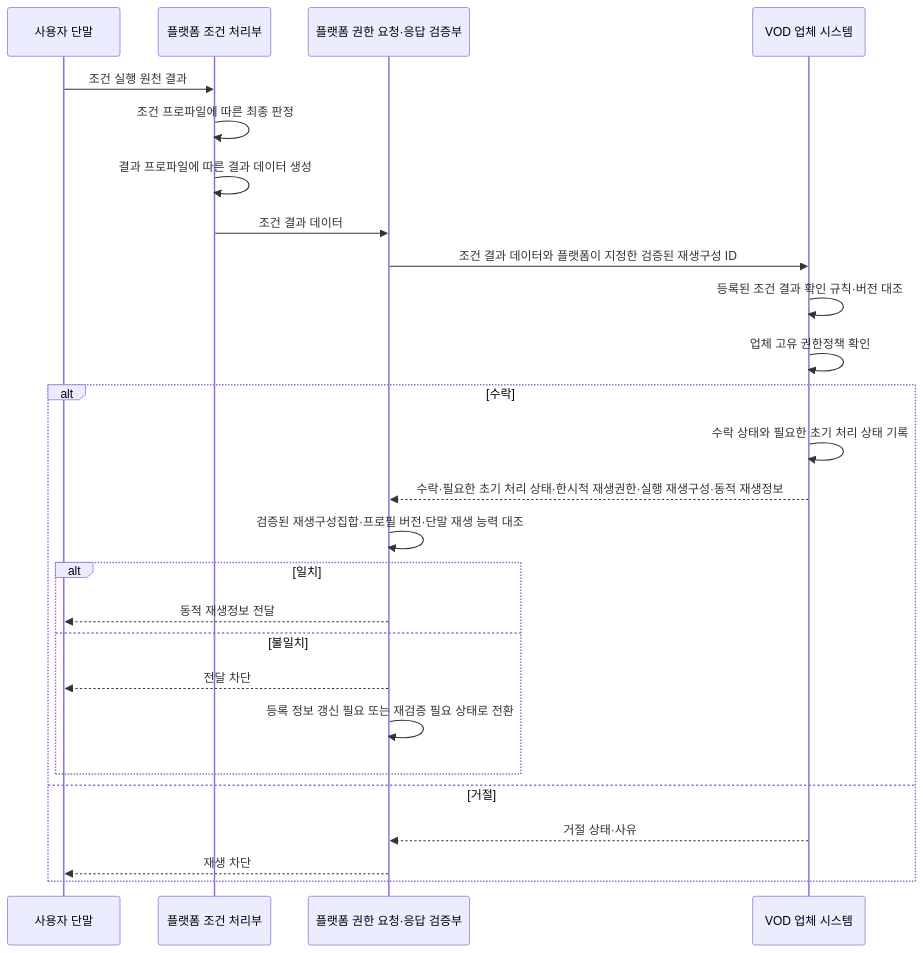
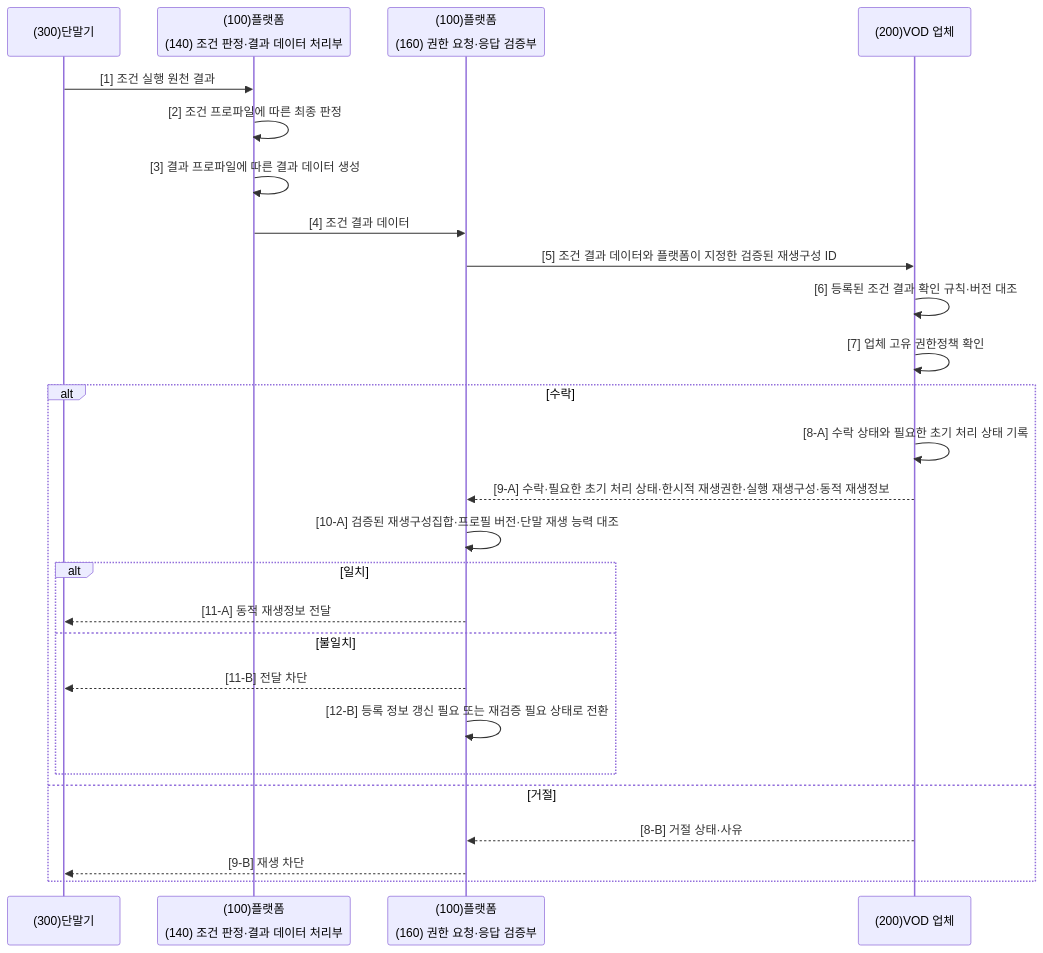
Before and after one commit to growdai1y/instant-play: diagram 13 of 14 in instant_play_직무발명서_개선본.md, drawn with Mermaid. The commit also changed other lines of this file and 1 other file, not shown here.

Commit message:
Standardize Mermaid diagram labels

````diff
--- a/instant_play_직무발명서_개선본.md
+++ b/instant_play_직무발명서_개선본.md
@@ -1749,29 +1747,29 @@
 ```mermaid
 sequenceDiagram
-    participant D as 사용자 단말
-    participant P as 플랫폼 조건 처리부
-    participant G as 플랫폼 권한 요청·응답 검증부
-    participant V as VOD 업체 시스템
+    participant D as (300)단말기
+    participant P as (100)플랫폼<br/><br/>(140) 조건 판정·결과 데이터 처리부
+    participant G as (100)플랫폼<br/><br/>(160) 권한 요청·응답 검증부
+    participant V as (200)VOD 업체
 
-    D->>P: 조건 실행 원천 결과
-    P->>P: 조건 프로파일에 따른 최종 판정
-    P->>P: 결과 프로파일에 따른 결과 데이터 생성
-    P->>G: 조건 결과 데이터
-    G->>V: 조건 결과 데이터와 플랫폼이 지정한 검증된 재생구성 ID
-    V->>V: 등록된 조건 결과 확인 규칙·버전 대조
-    V->>V: 업체 고유 권한정책 확인
+    D->>P: [1] 조건 실행 원천 결과
+    P->>P: [2] 조건 프로파일에 따른 최종 판정
+    P->>P: [3] 결과 프로파일에 따른 결과 데이터 생성
+    P->>G: [4] 조건 결과 데이터
+    G->>V: [5] 조건 결과 데이터와 플랫폼이 지정한 검증된 재생구성 ID
+    V->>V: [6] 등록된 조건 결과 확인 규칙·버전 대조
+    V->>V: [7] 업체 고유 권한정책 확인
     alt 수락
-        V->>V: 수락 상태와 필요한 초기 처리 상태 기록
-        V-->>G: 수락·필요한 초기 처리 상태·한시적 재생권한·실행 재생구성·동적 재생정보
-        G->>G: 검증된 재생구성집합·프로필 버전·단말 재생 능력 대조
+        V->>V: [8-A] 수락 상태와 필요한 초기 처리 상태 기록
+        V-->>G: [9-A] 수락·필요한 초기 처리 상태·한시적 재생권한·실행 재생구성·동적 재생정보
+        G->>G: [10-A] 검증된 재생구성집합·프로필 버전·단말 재생 능력 대조
         alt 일치
-            G-->>D: 동적 재생정보 전달
+            G-->>D: [11-A] 동적 재생정보 전달
         else 불일치
-            G-->>D: 전달 차단
-            G->>G: 등록 정보 갱신 필요 또는 재검증 필요 상태로 전환
+            G-->>D: [11-B] 전달 차단
+            G->>G: [12-B] 등록 정보 갱신 필요 또는 재검증 필요 상태로 전환
         end
     else 거절
-        V-->>G: 거절 상태·사유
-        G-->>D: 재생 차단
+        V-->>G: [8-B] 거절 상태·사유
+        G-->>D: [9-B] 재생 차단
     end
 ```
````
